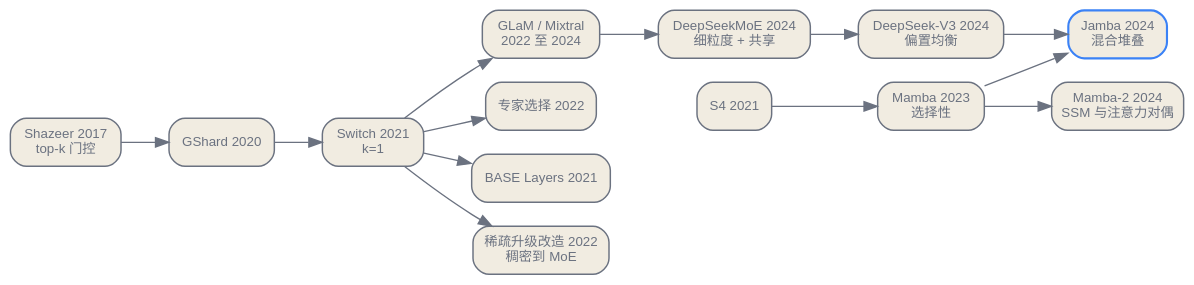
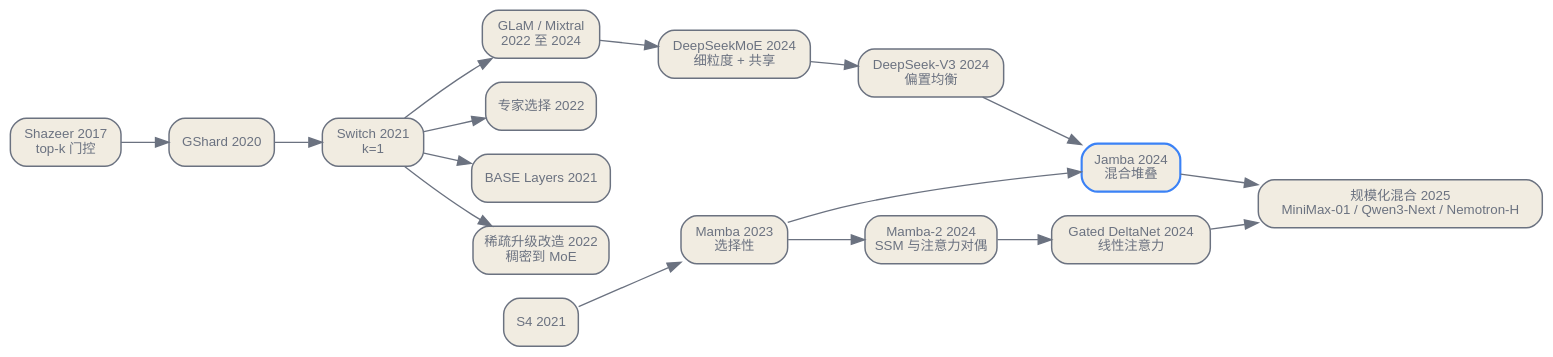
Before and after one commit to latere-ai/ai-as-an-infrastructure: the third of 3 diagrams in zh/foundations/05-moe-ssm-hybrids.qmd, drawn with Graphviz. The commit also changed other lines of this file and 14 other files, not shown here.

Commit message:
foundations: trained sparse attention branch, fp4 training boundary, shipped hybrid stacks, blt/h-net, muon at 1t scale (en+zh)

````diff
--- a/zh/foundations/05-moe-ssm-hybrids.qmd
+++ b/zh/foundations/05-moe-ssm-hybrids.qmd
@@ -202,37 +202,42 @@
 ```{dot}
 //| label: fig-moe-lineage
-//| fig-cap: "本章诸思想的演进关系。一条路由线与一条专业化线改进 MoE 层，稀疏升级改造是通往它的一条训练捷径，而一条独立的状态空间线在混合堆叠处与注意力及 MoE 汇聚。"
+//| fig-cap: "本章诸思想的演进关系。一条路由线与一条专业化线改进 MoE 层，稀疏升级改造是通往它的一条训练捷径，而状态空间与线性注意力这条线在混合堆叠处与注意力及 MoE 汇聚，2025 年已在前沿规模上线。"
 digraph lineage {
   rankdir=LR;
   bgcolor="transparent";
   node [shape=box, style="rounded,filled", fontname="Helvetica", fontsize=10, color="#6b7280", fontcolor="#6b7280", fillcolor="#f1ece1", penwidth=1.1];
   edge [fontname="Helvetica", fontsize=9, color="#6b7280", fontcolor="#6b7280"];
 
   shazeer [label="Shazeer 2017\ntop-k 门控"];
   gshard [label="GShard 2020"];
   switch [label="Switch 2021\nk=1"];
   glam [label="GLaM / Mixtral\n2022 至 2024"];
   echoice [label="专家选择 2022"];
   base [label="BASE Layers 2021"];
 
   dsmoe [label="DeepSeekMoE 2024\n细粒度 + 共享"];
   dsv3 [label="DeepSeek-V3 2024\n偏置均衡"];
 
   upcycle [label="稀疏升级改造 2022\n稠密到 MoE"];
 
   s4 [label="S4 2021"];
   mamba [label="Mamba 2023\n选择性"];
   mamba2 [label="Mamba-2 2024\nSSM 与注意力对偶"];
+  gdn [label="Gated DeltaNet 2024\n线性注意力"];
 
   jamba [label="Jamba 2024\n混合堆叠", color="#3b82f6", penwidth=1.6];
+  scale [label="规模化混合 2025\nMiniMax-01 / Qwen3-Next / Nemotron-H"];
 
   shazeer -> gshard -> switch -> glam;
   switch -> echoice;
   switch -> base;
   glam -> dsmoe -> dsv3;
   switch -> upcycle;
   s4 -> mamba -> mamba2;
+  mamba2 -> gdn;
   dsv3 -> jamba;
   mamba -> jamba;
+  jamba -> scale;
+  gdn -> scale;
 }
 ```
````
